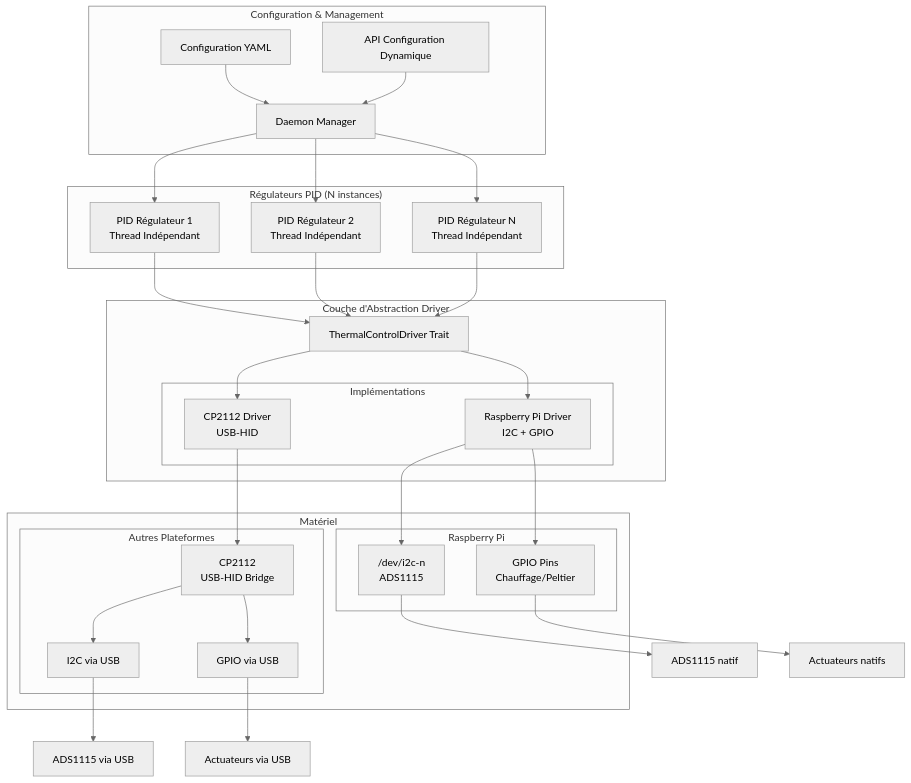
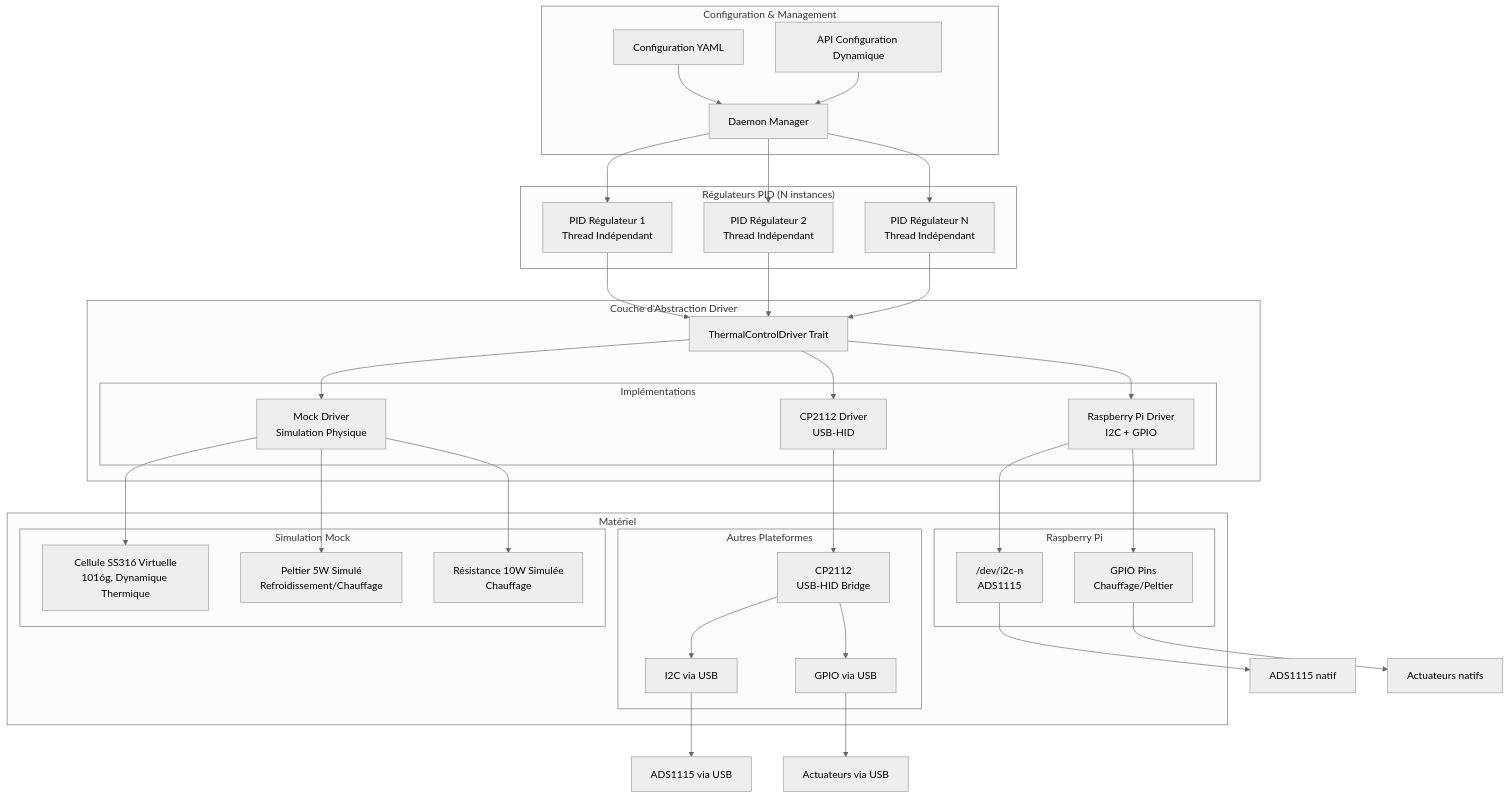
Before and after one commit to sctg-development/rust-photoacoustic: the second of 25 diagrams in docs/regulation_thermique.md, drawn with Mermaid (neutral theme). The commit also changed other lines of this file and 9 other files, not shown here.

Commit message:
feat: thermal regulation mock driver

````diff
--- a/docs/regulation_thermique.md
+++ b/docs/regulation_thermique.md
@@ -67,60 +70,71 @@
 ```mermaid
 graph TB
     subgraph "Configuration & Management"
         CONFIG[Configuration YAML]
         DAEMON_MGR[Daemon Manager]
         API[API Configuration Dynamique]
     end
     
     subgraph "Régulateurs PID (N instances)"
         PID1[PID Régulateur 1<br/>Thread Indépendant]
         PID2[PID Régulateur 2<br/>Thread Indépendant]
         PIDN[PID Régulateur N<br/>Thread Indépendant]
     end
     
     subgraph "Couche d'Abstraction Driver"
         DRIVER_TRAIT[ThermalControlDriver Trait]
         
         subgraph "Implémentations"
             RPI_DRIVER[Raspberry Pi Driver<br>I2C + GPIO]
             CP2112_DRIVER[CP2112 Driver<br>USB-HID]
+            MOCK_DRIVER[Mock Driver<br>Simulation Physique]
         end
     end
     
     subgraph "Matériel"
         subgraph "Raspberry Pi"
             I2C["/dev/i2c-n<br/>ADS1115"]
             GPIO[GPIO Pins<br/>Chauffage/Peltier]
         end
         
         subgraph "Autres Plateformes"
             CP2112[CP2112<br/>USB-HID Bridge]
             USB_I2C[I2C via USB]
             USB_GPIO[GPIO via USB]
+        end
+        
+        subgraph "Simulation Mock"
+            MOCK_CELL[Cellule SS316 Virtuelle<br/>1016g, Dynamique Thermique]
+            MOCK_PELTIER[Peltier 5W Simulé<br/>Refroidissement/Chauffage]
+            MOCK_HEATER[Résistance 10W Simulée<br/>Chauffage]
         end
     end
     
     CONFIG --> DAEMON_MGR
     API --> DAEMON_MGR
     DAEMON_MGR --> PID1
     DAEMON_MGR --> PID2
     DAEMON_MGR --> PIDN
     
     PID1 --> DRIVER_TRAIT
     PID2 --> DRIVER_TRAIT
     PIDN --> DRIVER_TRAIT
     
     DRIVER_TRAIT --> RPI_DRIVER
     DRIVER_TRAIT --> CP2112_DRIVER
+    DRIVER_TRAIT --> MOCK_DRIVER
     
     RPI_DRIVER --> I2C
     RPI_DRIVER --> GPIO
     CP2112_DRIVER --> CP2112
+    MOCK_DRIVER --> MOCK_CELL
+    MOCK_DRIVER --> MOCK_PELTIER
+    MOCK_DRIVER --> MOCK_HEATER
     CP2112 --> USB_I2C
     CP2112 --> USB_GPIO
     
     USB_I2C --> ADS1115_USB[ADS1115 via USB]
     USB_GPIO --> ACTUATORS_USB[Actuateurs via USB]
     I2C --> ADS1115_RPI[ADS1115 natif]
     GPIO --> ACTUATORS_RPI[Actuateurs natifs]
 ```
````
